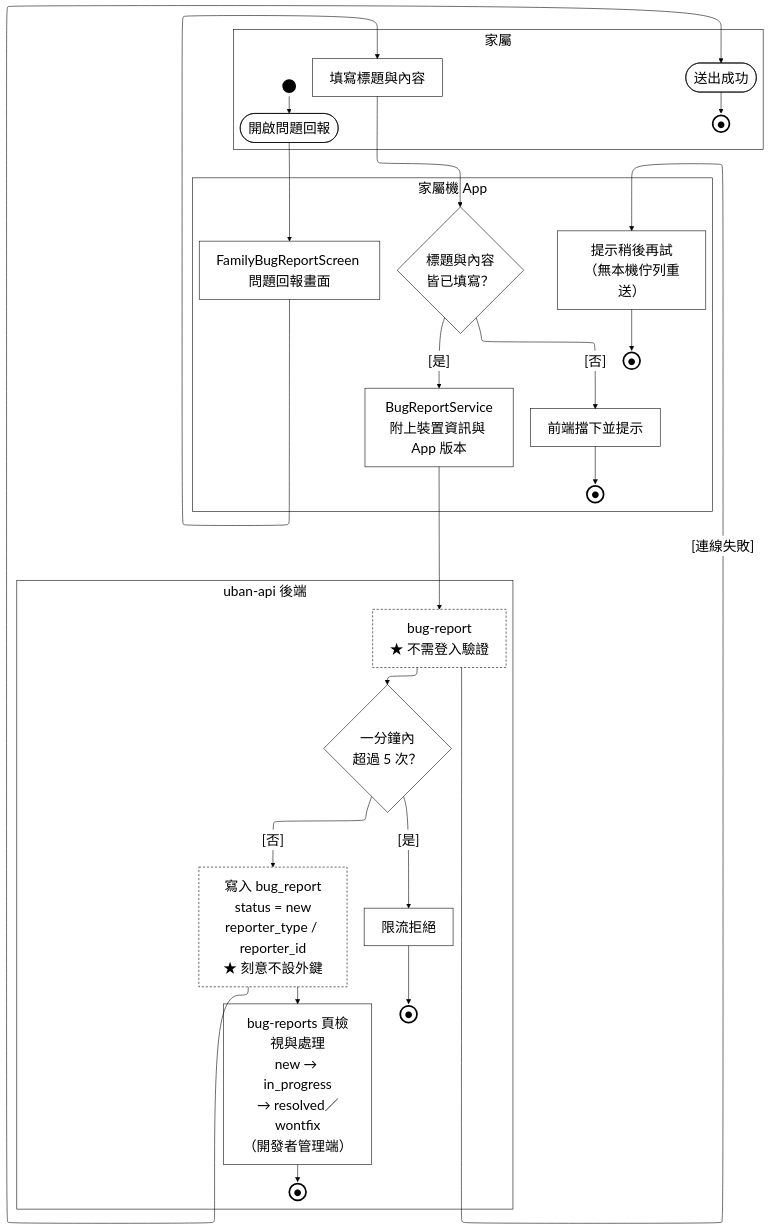
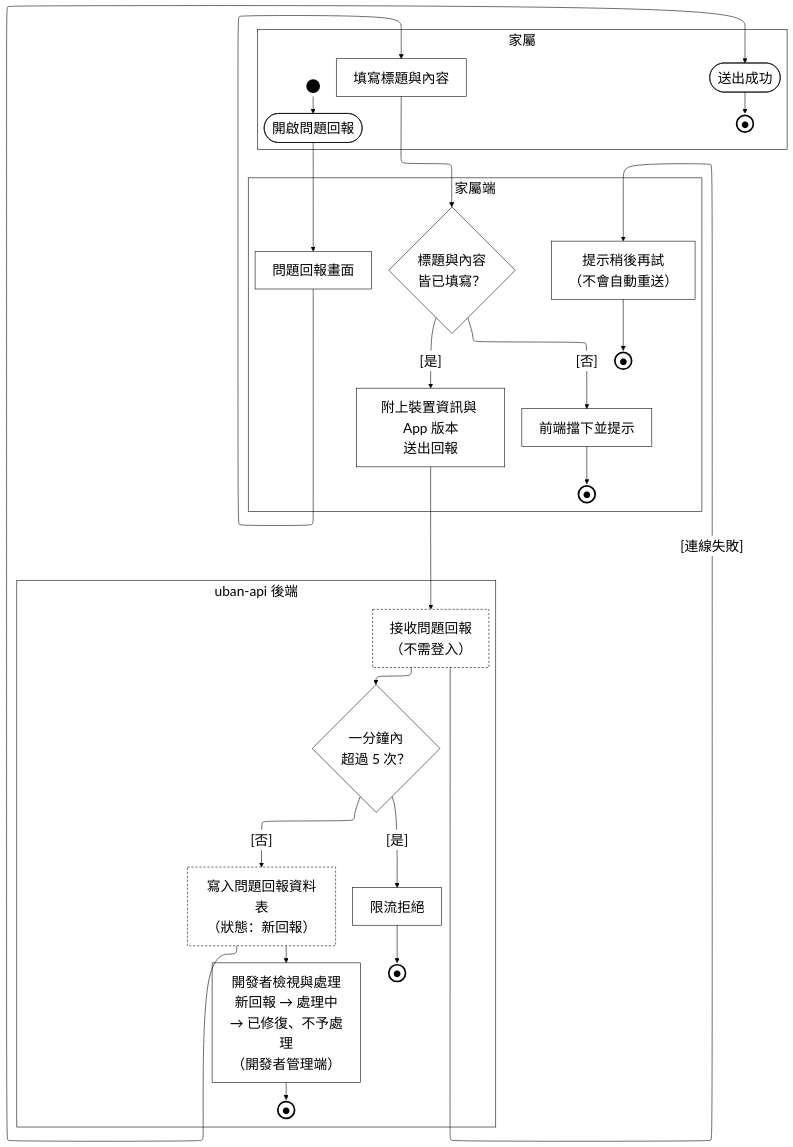
One commit to HuangYu-Kai/Uban changed the diagram in Uban System Documents/mermaid原始碼/A21-問題回報.mmd. Above: the diagram before and after it, drawn with Mermaid. The commit also changed 32 other files, not shown here.

```diff
--- a/Uban System Documents/mermaid原始碼/A21-問題回報.mmd
+++ b/Uban System Documents/mermaid原始碼/A21-問題回報.mmd
@@ -1,57 +1,57 @@
 %%{init:{"layout":"elk","elk":{"mergeEdges":false,"nodePlacementStrategy":"NETWORK_SIMPLEX"},"flowchart":{"htmlLabels":true},"themeVariables":{"clusterBkg":"#FFFFFF","clusterBorder":"#000000","edgeLabelBackground":"#FFFFFF","textColor":"#000000","nodeTextColor":"#000000","titleColor":"#000000","lineColor":"#000000","fontSize":"24px"}}}%%
 flowchart TD
   subgraph ROLE["家屬"]
     PAD_ROLE["&nbsp;&nbsp;&nbsp;&nbsp;&nbsp;&nbsp;&nbsp;&nbsp;&nbsp;&nbsp;&nbsp;&nbsp;&nbsp;&nbsp;&nbsp;&nbsp;&nbsp;&nbsp;&nbsp;&nbsp;&nbsp;&nbsp;&nbsp;&nbsp;&nbsp;&nbsp;&nbsp;&nbsp;&nbsp;&nbsp;&nbsp;&nbsp;&nbsp;&nbsp;&nbsp;&nbsp;&nbsp;&nbsp;&nbsp;&nbsp;&nbsp;&nbsp;&nbsp;&nbsp;&nbsp;&nbsp;&nbsp;&nbsp;&nbsp;&nbsp;"]:::pad
     ST_S1(("&nbsp;")):::term
     S1([開啟問題回報]):::act
     S2["填寫標題與內容"]:::act
     S3(["送出成功"]):::act
     EN_S3(("●")):::endterm
   end
-  subgraph FE["家屬機 App"]
-    A1["FamilyBugReportScreen 問題回報畫面"]:::act
+  subgraph FE["家屬端"]
+    A1["問題回報畫面"]:::act
     A2{"標題與內容<br/>皆已填寫？"}:::dec
     A3["前端擋下並提示"]:::act
     EN_A3(("●")):::endterm
-    A4["BugReportService<br/>附上裝置資訊與 App 版本"]:::act
-    A5["提示稍後再試<br/>（無本機佇列重送）"]:::act
+    A4["附上裝置資訊與 App 版本<br/>送出回報"]:::act
+    A5["提示稍後再試<br/>（不會自動重送）"]:::act
     EN_A5(("●")):::endterm
   end
   subgraph BE["uban-api 後端"]
     PAD_BE["&nbsp;&nbsp;&nbsp;&nbsp;&nbsp;&nbsp;&nbsp;&nbsp;&nbsp;&nbsp;&nbsp;&nbsp;&nbsp;&nbsp;&nbsp;&nbsp;&nbsp;&nbsp;&nbsp;&nbsp;&nbsp;&nbsp;&nbsp;&nbsp;&nbsp;&nbsp;&nbsp;&nbsp;&nbsp;&nbsp;&nbsp;&nbsp;&nbsp;&nbsp;&nbsp;&nbsp;&nbsp;&nbsp;&nbsp;&nbsp;&nbsp;&nbsp;&nbsp;&nbsp;&nbsp;&nbsp;&nbsp;&nbsp;&nbsp;&nbsp;&nbsp;&nbsp;&nbsp;&nbsp;&nbsp;&nbsp;&nbsp;&nbsp;&nbsp;&nbsp;&nbsp;&nbsp;&nbsp;&nbsp;&nbsp;&nbsp;&nbsp;&nbsp;&nbsp;&nbsp;&nbsp;&nbsp;&nbsp;&nbsp;&nbsp;&nbsp;&nbsp;&nbsp;&nbsp;&nbsp;&nbsp;&nbsp;&nbsp;&nbsp;&nbsp;"]:::pad
-    B1["bug-report<br/>★ 不需登入驗證"]:::gap
+    B1["接收問題回報<br/>（不需登入）"]:::gap
     B2{"一分鐘內<br/>超過 5 次？"}:::dec
     B3["限流拒絕"]:::act
     EN_B3(("●")):::endterm
-    B4["寫入 bug_report<br/>status = new<br/>reporter_type / reporter_id<br/>★ 刻意不設外鍵"]:::gap
-    C1["bug-reports 頁檢視與處理<br/>new → in_progress<br/>→ resolved／wontfix<br/>（開發者管理端）"]:::act
+    B4["寫入問題回報資料表<br/>（狀態：新回報）"]:::gap
+    C1["開發者檢視與處理<br/>新回報 → 處理中<br/>→ 已修復、不予處理<br/>（開發者管理端）"]:::act
     EN_C1(("●")):::endterm
   end
 
   ST_S1 --> S1
   S1 --> A1
   A1 --> S2
   S2 --> A2
   A2 -->|"[否]"| A3
   A2 -->|"[是]"| A4
   A4 --> B1
   B1 -->|"[連線失敗]"| A5
   B1 --> B2
   B2 -->|"[是]"| B3
   B2 -->|"[否]"| B4
   B4 --> S3
   B4 --> C1
   S3 --> EN_S3
   A3 --> EN_A3
   A5 --> EN_A5
   B3 --> EN_B3
   C1 --> EN_C1
   %% 鎖住泳道順序：ELK 不照宣告順序排，沒有這條鏈後端會跑到最上面
   ROLE ~~~ FE ~~~ BE
 
   classDef pad  fill:none,stroke:none,color:#FFFFFF
   classDef act  fill:#FFFFFF,stroke:#000000,stroke-width:1px,color:#000000
   classDef dec  fill:#FFFFFF,stroke:#000000,stroke-width:1px,color:#000000
   classDef term fill:#000000,stroke:#000000,stroke-width:3px,color:#000000
   classDef endterm fill:#FFFFFF,stroke:#000000,stroke-width:3px,color:#000000
   classDef gap  fill:#FFFFFF,stroke:#000000,stroke-width:1px,color:#000000,stroke-dasharray:4 3
```
